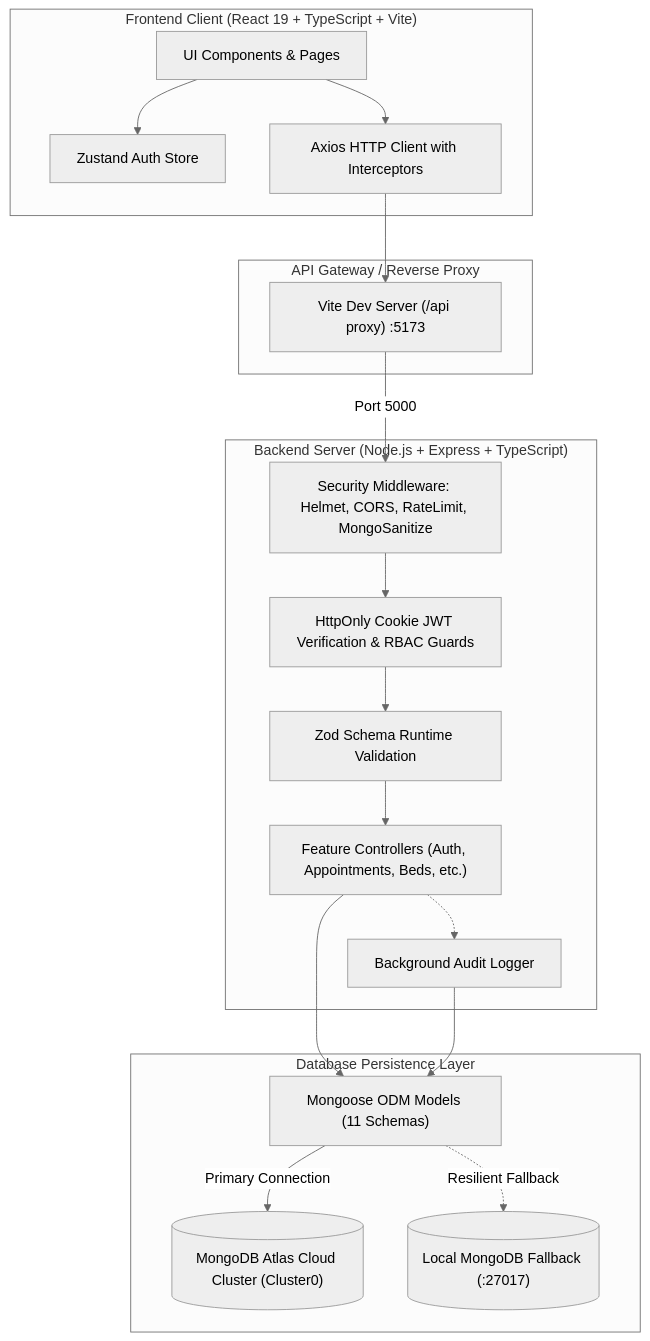
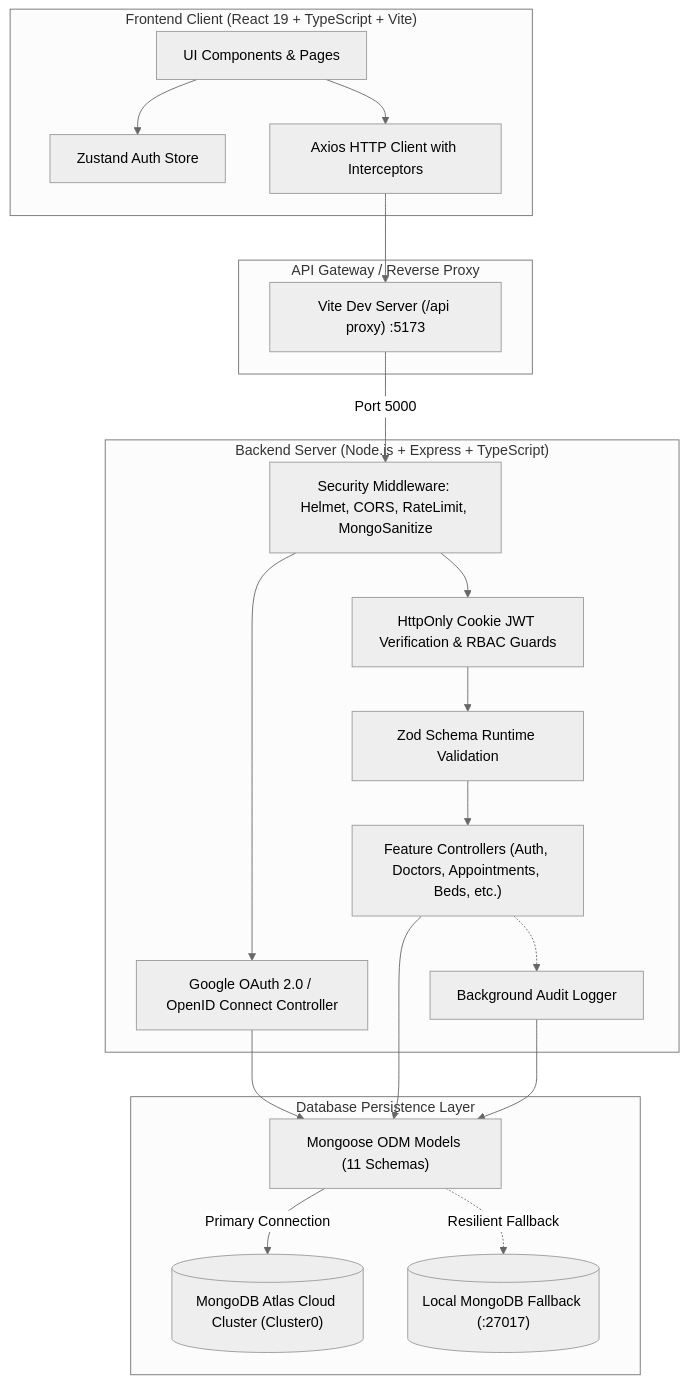
One commit to itsnotdevill/MEDICORE-Hospital-Management-System- changed the third of 3 diagrams in README.md. Above: the diagram before and after it, drawn with Mermaid (neutral theme). The commit also changed other lines of this file and 8 other files, not shown here.

````diff
--- a/README.md
+++ b/README.md
@@ -125,40 +174,43 @@
 ```mermaid
 flowchart TD
     subgraph Client["Frontend Client (React 19 + TypeScript + Vite)"]
         UI[UI Components & Pages]
         Zustand[Zustand Auth Store]
         Axios[Axios HTTP Client with Interceptors]
         UI --> Zustand
         UI --> Axios
     end
 
     subgraph Gateway["API Gateway / Reverse Proxy"]
         Proxy["Vite Dev Server (/api proxy) :5173"]
         Axios --> Proxy
     end
 
     subgraph Server["Backend Server (Node.js + Express + TypeScript)"]
         SecMiddle["Security Middleware: Helmet, CORS, RateLimit, MongoSanitize"]
+        OAuth["Google OAuth 2.0 / OpenID Connect Controller"]
         JWT["HttpOnly Cookie JWT Verification & RBAC Guards"]
         ZodVal["Zod Schema Runtime Validation"]
-        Controllers["Feature Controllers (Auth, Appointments, Beds, etc.)"]
+        Controllers["Feature Controllers (Auth, Doctors, Appointments, Beds, etc.)"]
         Audit["Background Audit Logger"]
 
         Proxy -->|Port 5000| SecMiddle
+        SecMiddle --> OAuth
         SecMiddle --> JWT
         JWT --> ZodVal
         ZodVal --> Controllers
         Controllers -.-> Audit
     end
 
     subgraph Database["Database Persistence Layer"]
         Mongoose["Mongoose ODM Models (11 Schemas)"]
         Atlas[("MongoDB Atlas Cloud Cluster (Cluster0)")]
         LocalDB[("Local MongoDB Fallback (:27017)")]
 
+        OAuth --> Mongoose
         Controllers --> Mongoose
         Audit --> Mongoose
         Mongoose -->|Primary Connection| Atlas
         Mongoose -.->|Resilient Fallback| LocalDB
     end
 ```
````
